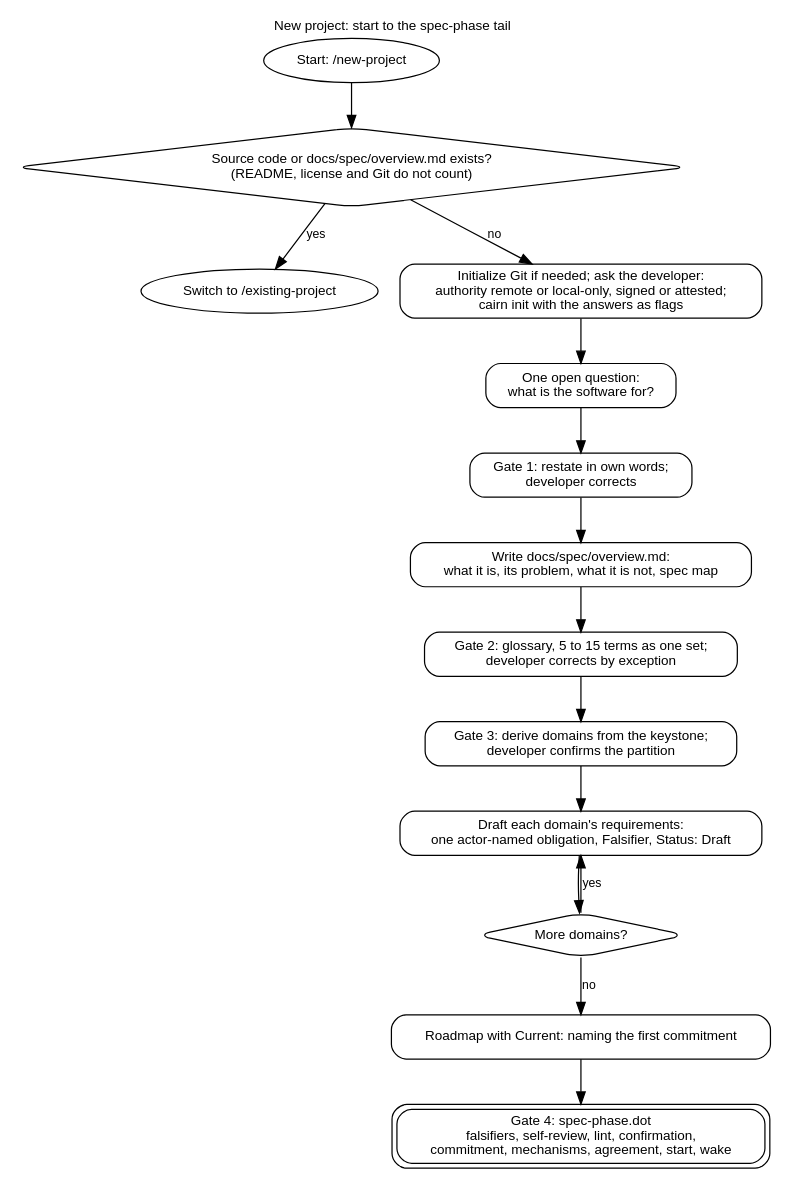
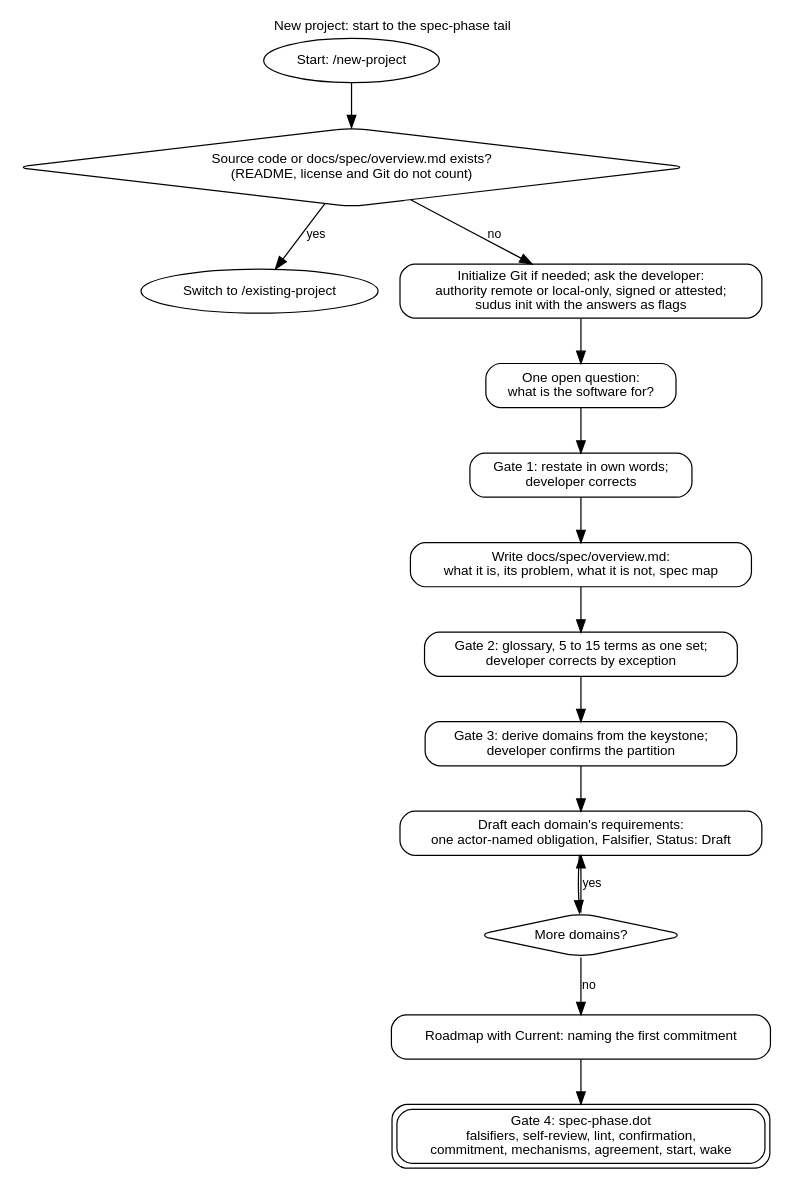
The diagram in docs/diagrams/new-project.dot (eas4ai/cairn), drawn with Graphviz before and after one commit. The commit also changed 103 other files, not shown here.

```diff
--- a/docs/diagrams/new-project.dot
+++ b/docs/diagrams/new-project.dot
@@ -1,29 +1,29 @@
 // New project: from an empty directory through initialization to the spec tail.
 digraph new_project {
   rankdir=TB;
   graph [fontname="Helvetica", fontsize=11, labelloc=t, label="New project: start to the spec-phase tail"];
   node  [shape=box, style=rounded, fontname="Helvetica", fontsize=11];
   edge  [fontname="Helvetica", fontsize=10];
 
   start [shape=oval, label="Start: /new-project"];
   exists [shape=diamond, label="Source code or docs/spec/overview.md exists?\n(README, license and Git do not count)"];
   switch [shape=oval, label="Switch to /existing-project"];
-  init [label="Initialize Git if needed; ask the developer:\nauthority remote or local-only, signed or attested;\ncairn init with the answers as flags"];
+  init [label="Initialize Git if needed; ask the developer:\nauthority remote or local-only, signed or attested;\nsudus init with the answers as flags"];
   ask [label="One open question:\nwhat is the software for?"];
   restate [label="Gate 1: restate in own words;\ndeveloper corrects"];
   keystone [label="Write docs/spec/overview.md:\nwhat it is, its problem, what it is not, spec map"];
   glossary [label="Gate 2: glossary, 5 to 15 terms as one set;\ndeveloper corrects by exception"];
   partition [label="Gate 3: derive domains from the keystone;\ndeveloper confirms the partition"];
   draft [label="Draft each domain's requirements:\none actor-named obligation, Falsifier, Status: Draft"];
   more [shape=diamond, label="More domains?"];
   roadmap [label="Roadmap with Current: naming the first commitment"];
   tail [shape=box, peripheries=2, label="Gate 4: spec-phase.dot\nfalsifiers, self-review, lint, confirmation,\ncommitment, mechanisms, agreement, start, wake"];
 
   start -> exists;
   exists -> switch [label="yes"];
   exists -> init [label="no"];
   init -> ask -> restate -> keystone -> glossary -> partition -> draft -> more;
   more -> draft [label="yes"];
   more -> roadmap [label="no"];
   roadmap -> tail;
 }
```
